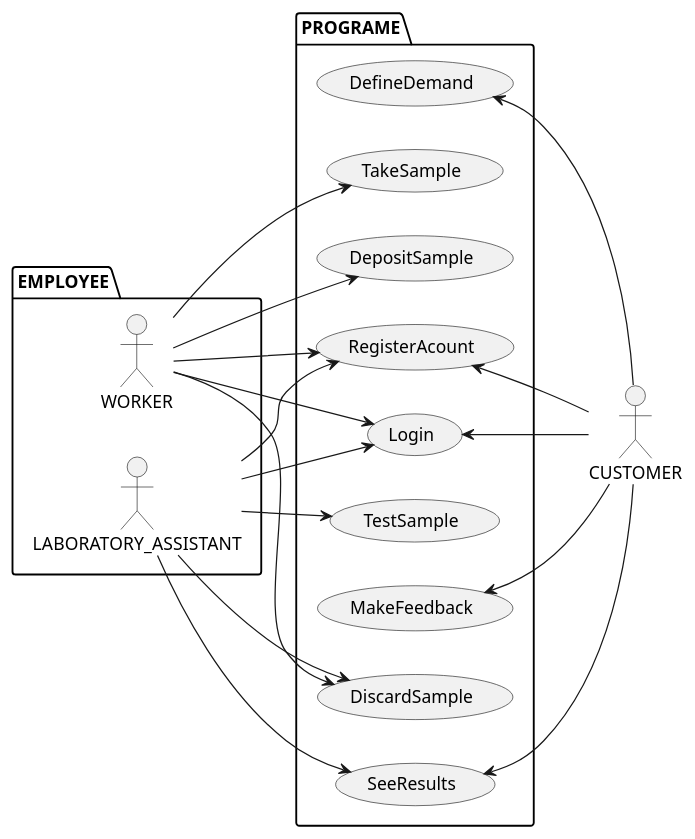
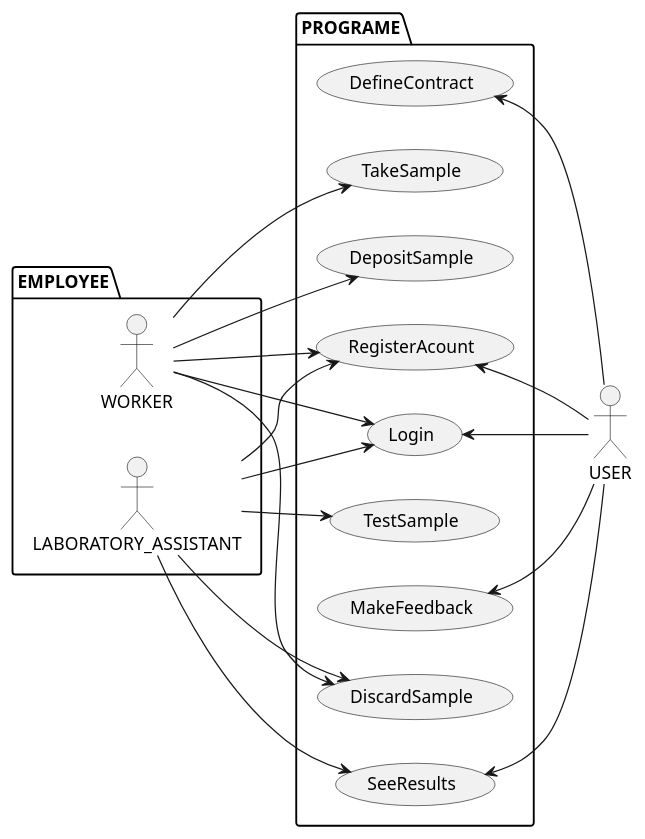
Before and after one commit to Bezobsahu/MyMasterDegree: the fourth of 6 diagrams in FirstSemester/UMLproject.md, drawn with PlantUML. The commit also changed other lines of this file and 125 other files, not shown here.

````diff
--- a/FirstSemester/UMLproject.md
+++ b/FirstSemester/UMLproject.md
@@ -150,50 +198,46 @@
 ``` plantuml
 left to right direction
 
-:CUSTOMER:
+
 
 package PROGRAME {
-    (DefineDemand)
+    (DefineContract)
     (TakeSample)
     (TestSample)
     (RegisterAcount)
     (Login)
     (SeeResults)
     (DepositSample)
     (MakeFeedback)
     (DiscardSample)
     
 
 }
  package EMPLOYEE {
      :WORKER:
      :LABORATORY_ASSISTANT:
 
  }
 
 WORKER --> TakeSample
 WORKER --> RegisterAcount
 WORKER --> Login
 WORKER --> DepositSample
 WORKER --> DiscardSample
 
 LABORATORY_ASSISTANT --> TestSample
 LABORATORY_ASSISTANT --> RegisterAcount
 LABORATORY_ASSISTANT --> Login
 LABORATORY_ASSISTANT --> DiscardSample
 LABORATORY_ASSISTANT --> SeeResults
 
 
 
- DefineDemand    <-- CUSTOMER   
- SeeResults      <-- CUSTOMER 
- Login           <-- CUSTOMER
- RegisterAcount  <-- CUSTOMER
- MakeFeedback    <-- CUSTOMER
-
-
-
-
+ DefineContract   <-- USER   
+ SeeResults      <-- USER 
+ Login           <-- USER
+ RegisterAcount  <-- USER
+ MakeFeedback    <-- USER
 
 
 ```
````
